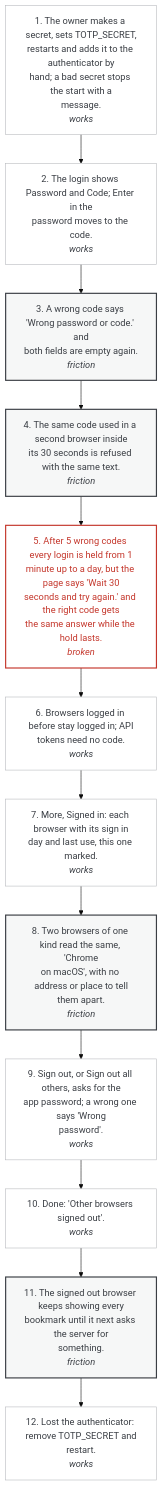
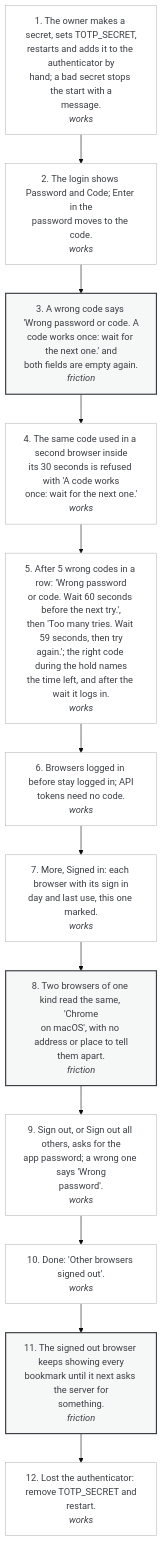
Before and after one commit to pinned-cc/pinned: the diagram in design/wireframes/flows/08-second-factor-and-signed-in.mmd, drawn with Mermaid (base theme). The commit also changed 24 other files, not shown here.

Commit message:
Wireframes: the flows describe 0.1.12, step texts and verdicts from the flow test of 04.11 and the 0.1.12 build; the lock note, What's new, the extension's http warning and the phone head when the server is down drawn as they are; build.py no longer rewrites the record of 31.10

```diff
--- a/design/wireframes/flows/08-second-factor-and-signed-in.mmd
+++ b/design/wireframes/flows/08-second-factor-and-signed-in.mmd
@@ -1,27 +1,27 @@
 flowchart TD
   classDef works fill:#ffffff,stroke:#b8babe,color:#3a3e44;
   classDef friction fill:#f6f7f7,stroke:#3a3e44,stroke-width:2px,color:#3a3e44;
   classDef broken fill:#ffffff,stroke:#c4362b,stroke-width:2px,color:#c4362b;
   S1["1. The owner makes a secret, sets TOTP_SECRET,<br/>restarts and adds it to the authenticator by<br/>hand; a bad secret stops the start with a<br/>message.<br/><i>works</i>"]:::works
   S2["2. The login shows Password and Code; Enter in the<br/>password moves to the code.<br/><i>works</i>"]:::works
-  S3["3. A wrong code says 'Wrong password or code.' and<br/>both fields are empty again.<br/><i>friction</i>"]:::friction
-  S4["4. The same code used in a second browser inside<br/>its 30 seconds is refused with the same text.<br/><i>friction</i>"]:::friction
-  S5["5. After 5 wrong codes every login is held from 1<br/>minute up to a day, but the page says 'Wait 30<br/>seconds and try again.' and the right code gets<br/>the same answer while the hold lasts.<br/><i>broken</i>"]:::broken
+  S3["3. A wrong code says 'Wrong password or code. A<br/>code works once: wait for the next one.' and<br/>both fields are empty again.<br/><i>friction</i>"]:::friction
+  S4["4. The same code used in a second browser inside<br/>its 30 seconds is refused with 'A code works<br/>once: wait for the next one.'<br/><i>works</i>"]:::works
+  S5["5. After 5 wrong codes in a row: 'Wrong password<br/>or code. Wait 60 seconds before the next try.',<br/>then 'Too many tries. Wait 59 seconds, then try<br/>again.'; the right code during the hold names<br/>the time left, and after the wait it logs in.<br/><i>works</i>"]:::works
   S6["6. Browsers logged in before stay logged in; API<br/>tokens need no code.<br/><i>works</i>"]:::works
   S7["7. More, Signed in: each browser with its sign in<br/>day and last use, this one marked.<br/><i>works</i>"]:::works
   S8["8. Two browsers of one kind read the same, 'Chrome<br/>on macOS', with no address or place to tell<br/>them apart.<br/><i>friction</i>"]:::friction
   S9["9. Sign out, or Sign out all others, asks for the<br/>app password; a wrong one says 'Wrong<br/>password'.<br/><i>works</i>"]:::works
   S10["10. Done: 'Other browsers signed out'.<br/><i>works</i>"]:::works
   S11["11. The signed out browser keeps showing every<br/>bookmark until it next asks the server for<br/>something.<br/><i>friction</i>"]:::friction
   S12["12. Lost the authenticator: remove TOTP_SECRET and<br/>restart.<br/><i>works</i>"]:::works
   S1 --> S2
   S2 --> S3
   S3 --> S4
   S4 --> S5
   S5 --> S6
   S6 --> S7
   S7 --> S8
   S8 --> S9
   S9 --> S10
   S10 --> S11
   S11 --> S12
```
